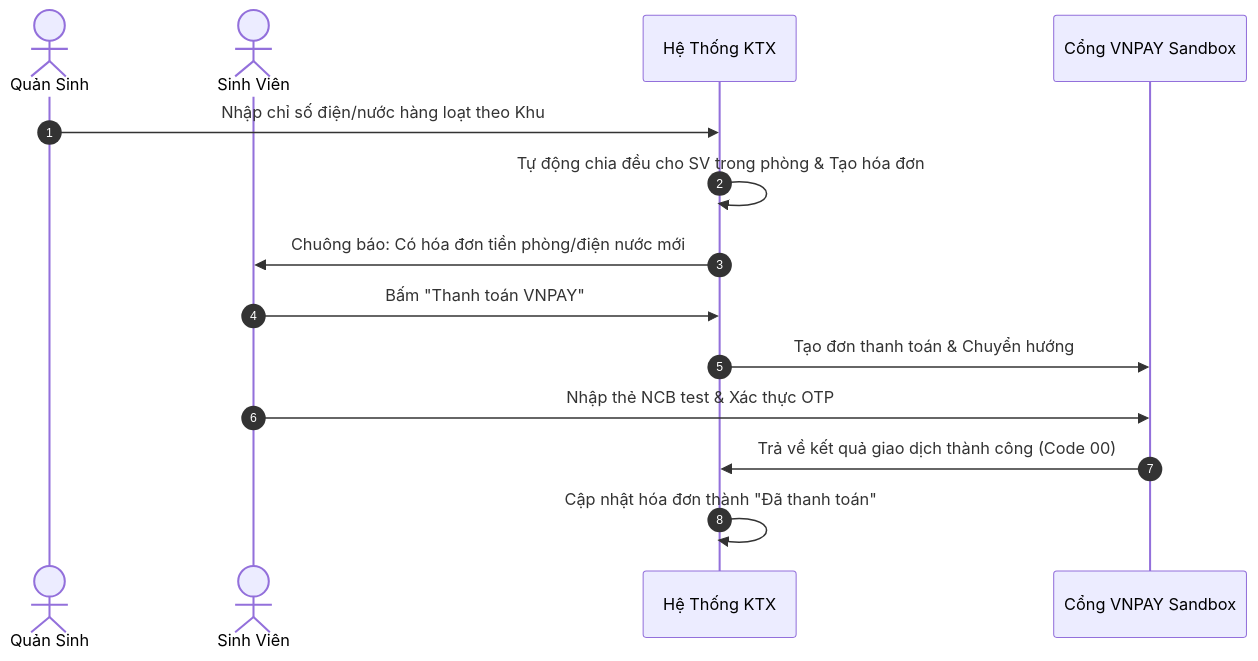
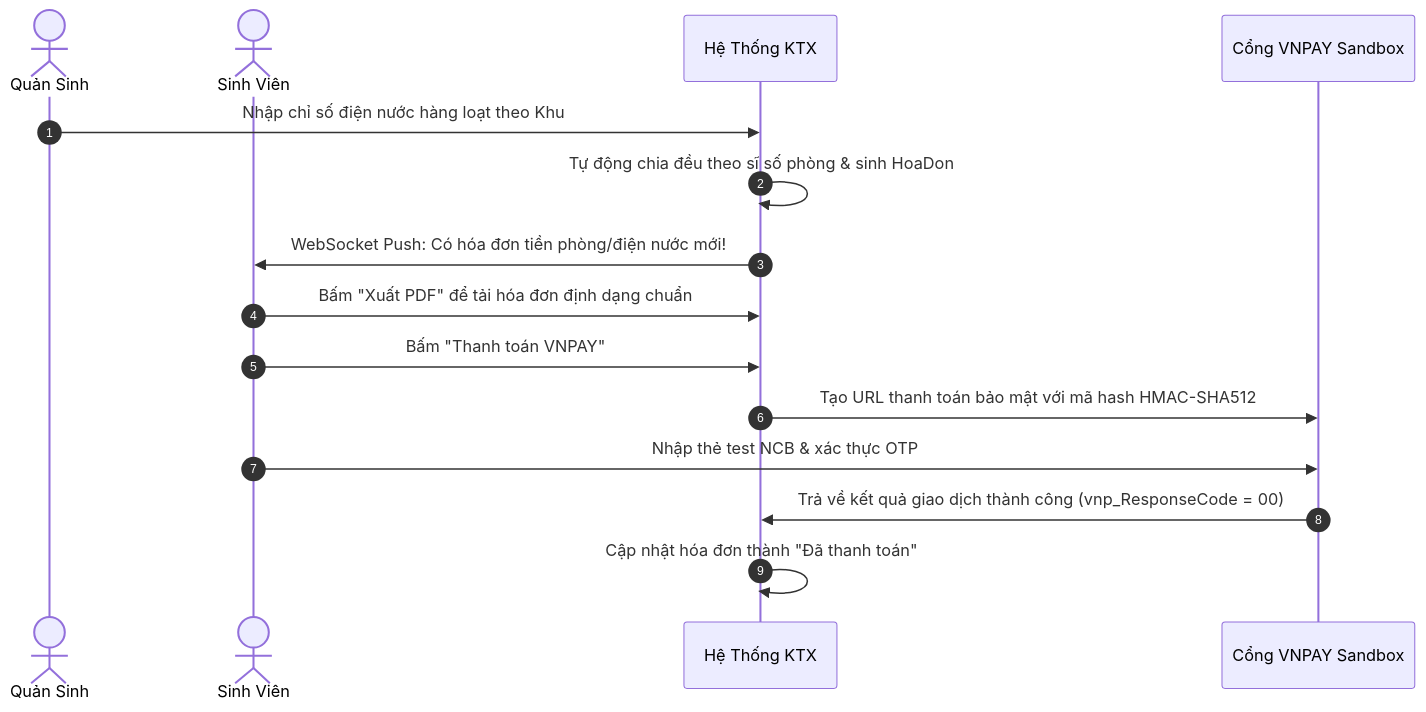
Before and after one commit to duyquang2204/dormitory-management: the third of 3 diagrams in README.md, drawn with Mermaid. The commit also changed other lines of this file and 103 other files, not shown here.

First line of the commit message:
feat: Hoàn thiện hệ thống KTX số - Bổ sung Nộp đơn Online, OTP Email, Live Chat và Xuất PDF

````diff
--- a/README.md
+++ b/README.md
@@ -177,17 +268,18 @@
 ```mermaid
 sequenceDiagram
     autonumber
     actor QS as Quản Sinh
     actor SV as Sinh Viên
     participant SYS as Hệ Thống KTX
     participant VNP as Cổng VNPAY Sandbox
     
-    QS->>SYS: Nhập chỉ số điện/nước hàng loạt theo Khu
-    SYS->>SYS: Tự động chia đều cho SV trong phòng & Tạo hóa đơn
-    SYS->>SV: Chuông báo: Có hóa đơn tiền phòng/điện nước mới
+    QS->>SYS: Nhập chỉ số điện nước hàng loạt theo Khu
+    SYS->>SYS: Tự động chia đều theo sĩ số phòng & sinh HoaDon
+    SYS->>SV: WebSocket Push: Có hóa đơn tiền phòng/điện nước mới!
+    SV->>SYS: Bấm "Xuất PDF" để tải hóa đơn định dạng chuẩn
     SV->>SYS: Bấm "Thanh toán VNPAY"
-    SYS->>VNP: Tạo đơn thanh toán & Chuyển hướng
-    SV->>VNP: Nhập thẻ NCB test & Xác thực OTP
-    VNP->>SYS: Trả về kết quả giao dịch thành công (Code 00)
+    SYS->>VNP: Tạo URL thanh toán bảo mật với mã hash HMAC-SHA512
+    SV->>VNP: Nhập thẻ test NCB & xác thực OTP
+    VNP->>SYS: Trả về kết quả giao dịch thành công (vnp_ResponseCode = 00)
     SYS->>SYS: Cập nhật hóa đơn thành "Đã thanh toán"
 ```
````
